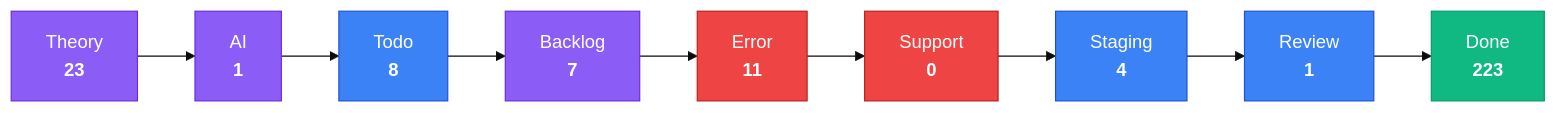
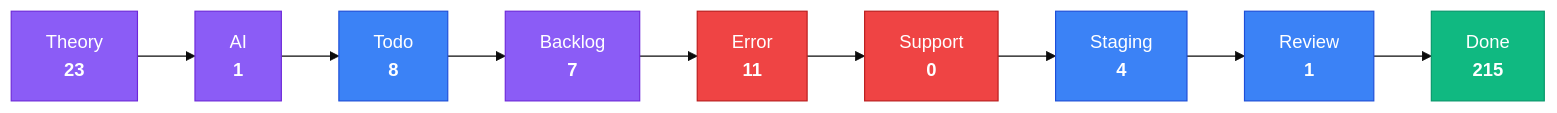
Before and after one commit to KBVE/kbve: the third of 4 diagrams in apps/kbve/astro-kbve/src/content/docs/dashboard/kanban-data.mdx, drawn with Mermaid (base theme). The commit also changed other lines of this file and 7 other files, not shown here.

````diff
--- a/apps/kbve/astro-kbve/src/content/docs/dashboard/kanban-data.mdx
+++ b/apps/kbve/astro-kbve/src/content/docs/dashboard/kanban-data.mdx
@@ -80,28 +80,28 @@
 ```mermaid
 flowchart LR
     classDef planning fill:#8b5cf6,stroke:#6d28d9,color:#fff
     classDef active fill:#3b82f6,stroke:#1d4ed8,color:#fff
     classDef blocked fill:#ef4444,stroke:#b91c1c,color:#fff
     classDef done fill:#10b981,stroke:#059669,color:#fff
     Theory["Theory<br/><strong>23</strong>"]
     Theory --> AI
     AI["AI<br/><strong>1</strong>"]
     AI --> Todo
     Todo["Todo<br/><strong>8</strong>"]
     Todo --> Backlog
     Backlog["Backlog<br/><strong>7</strong>"]
     Backlog --> Error
     Error["Error<br/><strong>11</strong>"]
     Error --> Support
     Support["Support<br/><strong>0</strong>"]
     Support --> Staging
     Staging["Staging<br/><strong>4</strong>"]
     Staging --> Review
     Review["Review<br/><strong>1</strong>"]
     Review --> Done
-    Done["Done<br/><strong>223</strong>"]
+    Done["Done<br/><strong>215</strong>"]
     class Theory,AI,Backlog planning
     class Todo,Staging,Review active
     class Error,Support blocked
     class Done done
 ```
````
